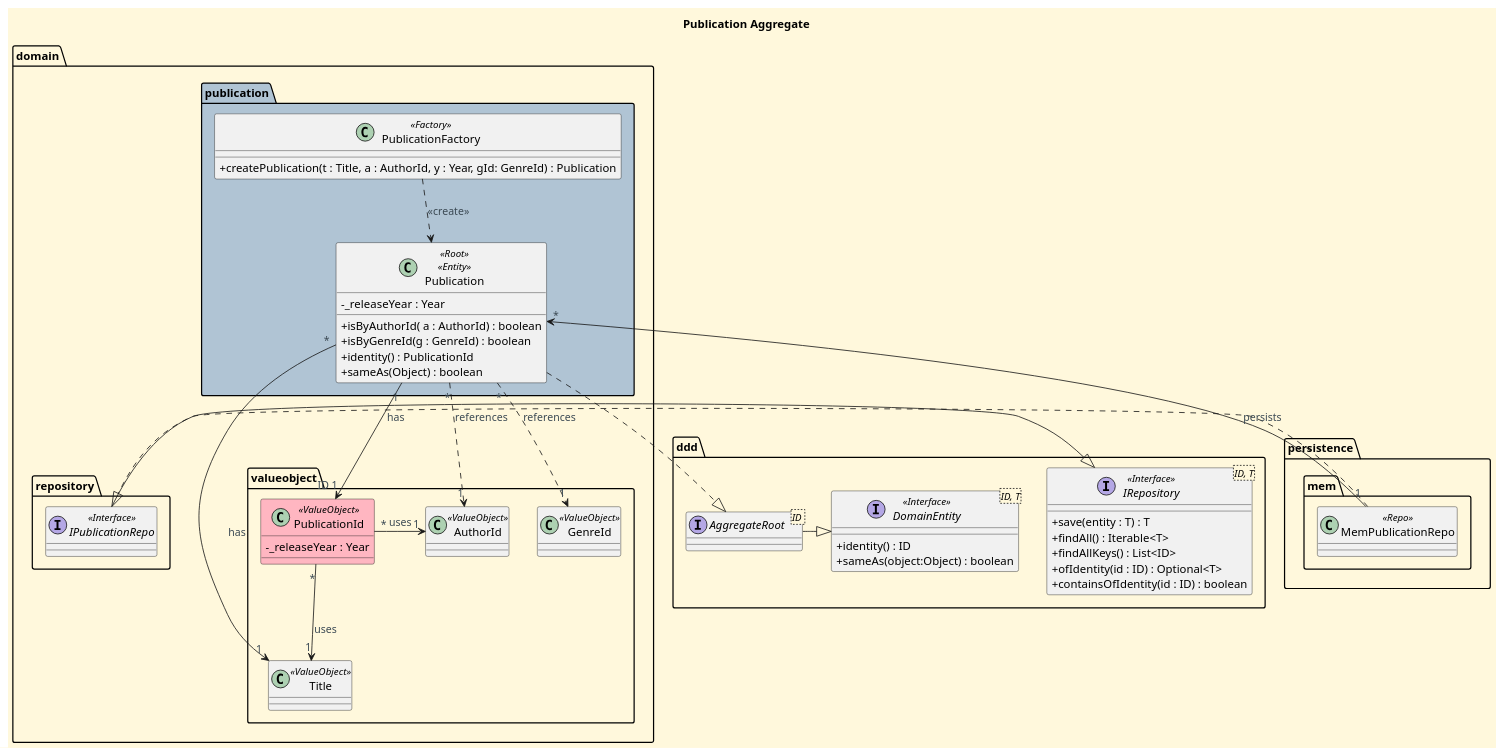
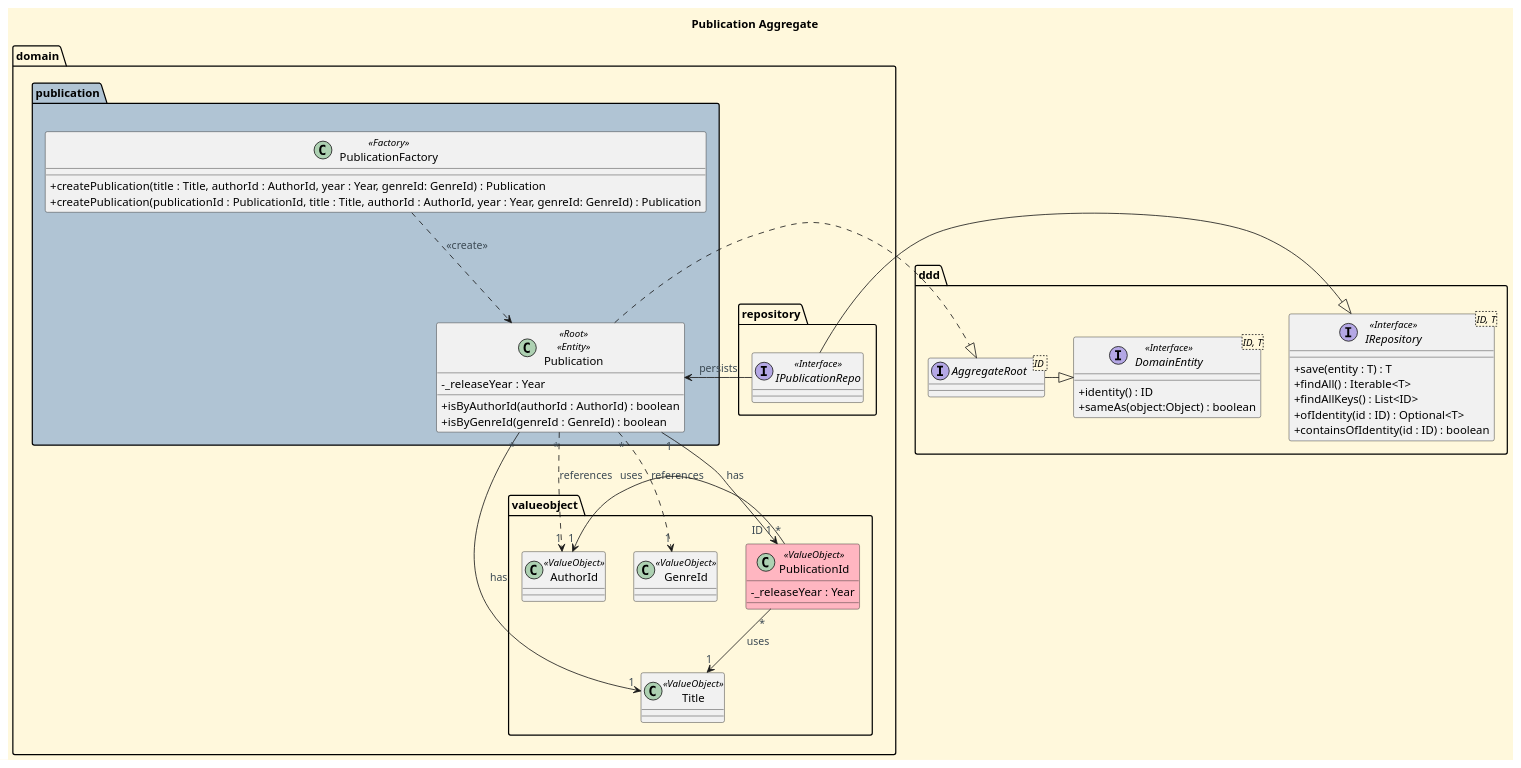
One commit to CarolinaLeite-collab/JavaMarketplacePlatform changed the diagram in docs/aggregates-diagrams/Publication_Aggregate.puml. Above: the diagram before and after it, drawn with PlantUML.

Commit message:
docs: updates PublicationAggregate diagram, refs #727

```diff
--- a/docs/aggregates-diagrams/Publication_Aggregate.puml
+++ b/docs/aggregates-diagrams/Publication_Aggregate.puml
@@ -1,107 +1,99 @@
 @startuml
 
 '==== Title ====
 title Publication Aggregate
 
 
 '==== basic style ====
 skinparam monochrome false
 skinparam shadowing false
 skinparam defaultFontName Futura
 skinparam objectFontSize 20
 skinparam backgroundColor CornSilk
 skinparam objectBackgroundColor WhiteSmoke
 skinparam noteBackgroundColor #FFFFE0
 skinparam ArrowFontColor #3B4953
 skinparam ActivationBackgroundColor black
 skinparam classAttributeIconSize 0
 
 top to bottom direction
 ' ===== Domain =====
 Package "domain" {
 
     Package "publication" #b0c4d4 {
 
         class Publication <<Root>> <<Entity>> {
             -_releaseYear : Year
-            +isByAuthorId( a : AuthorId) : boolean
-            +isByGenreId(g : GenreId) : boolean
-            +identity() : PublicationId
-            +sameAs(Object) : boolean
+            +isByAuthorId(authorId : AuthorId) : boolean
+            +isByGenreId(genreId : GenreId) : boolean
         }
 
         class PublicationFactory <<Factory>> {
-            +createPublication(t : Title, a : AuthorId, y : Year, gId: GenreId) : Publication
+            +createPublication(title : Title, authorId : AuthorId, year : Year, genreId: GenreId) : Publication
+            +createPublication(publicationId : PublicationId, title : Title, authorId : AuthorId, year : Year, genreId: GenreId) : Publication
         }
 
     }
 
     Package "valueobject"  {
 
         class PublicationId <<ValueObject>> #LightPink {
            - _releaseYear : Year
 
         }
 
         class Title <<ValueObject>> {
         }
 
         class AuthorId <<ValueObject>> {
         }
 
         class GenreId <<ValueObject>>{
         }
 
 
 
     }
 
     Package "repository"   {
         interface IPublicationRepo <<Interface>>
     }
 
     Publication -[hidden]right- IPublicationRepo
     PublicationId -[hidden]right- IPublicationRepo
 
 }
 
 Package "ddd" {
     interface IRepository<ID, T> <<Interface>> {
         +save(entity : T) : T
         +findAll() : Iterable<T>
         +findAllKeys() : List<ID>
         +ofIdentity(id : ID) : Optional<T>
         +containsOfIdentity(id : ID) : boolean
     }
     interface AggregateRoot <ID >{
              }
     interface DomainEntity<ID, T> <<Interface>> {
               +identity() : ID
               +sameAs(object:Object) : boolean
     }
 }
 
-' ===== Persistence =====
-Package "persistence" {
-     package "mem"  {
-     class MemPublicationRepo <<Repo>>
-    }
-}
 
 ' ===== Relations =====
 Publication "1" --> "ID 1" PublicationId : has
 Publication "*"-> "1" Title : has
 Publication "*"..> "1" AuthorId : references
 Publication "*"..> "1" GenreId : references
 
 PublicationId "*" --> "1" Title : uses
 PublicationId "*" -> "1" AuthorId : uses
 
 IPublicationRepo -|> IRepository
-MemPublicationRepo ..|> IPublicationRepo
-Publication "*" <-- "1" MemPublicationRepo : persists
+IPublicationRepo -> Publication : persists
 PublicationFactory ..> Publication : <<create>>
 
 AggregateRoot -|> DomainEntity
 Publication .|> AggregateRoot
 @enduml
```
